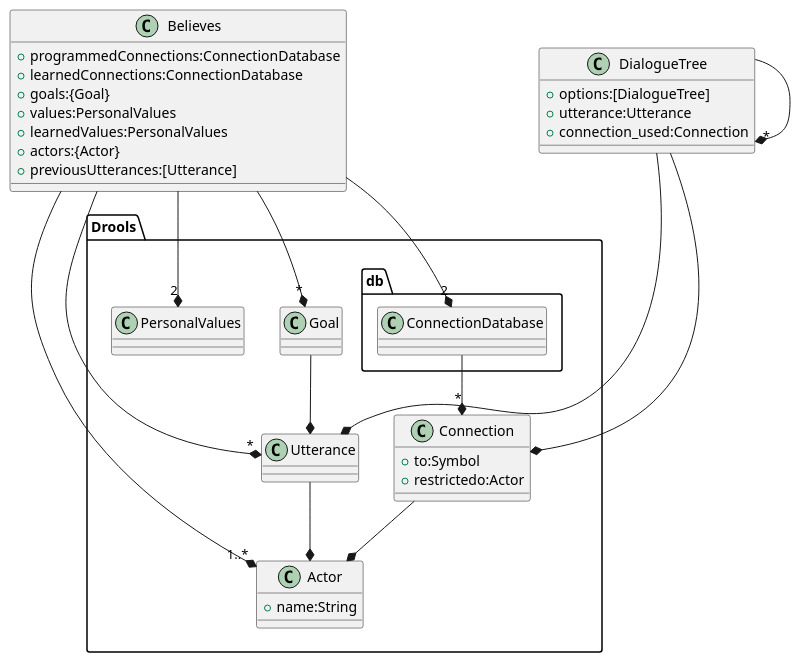
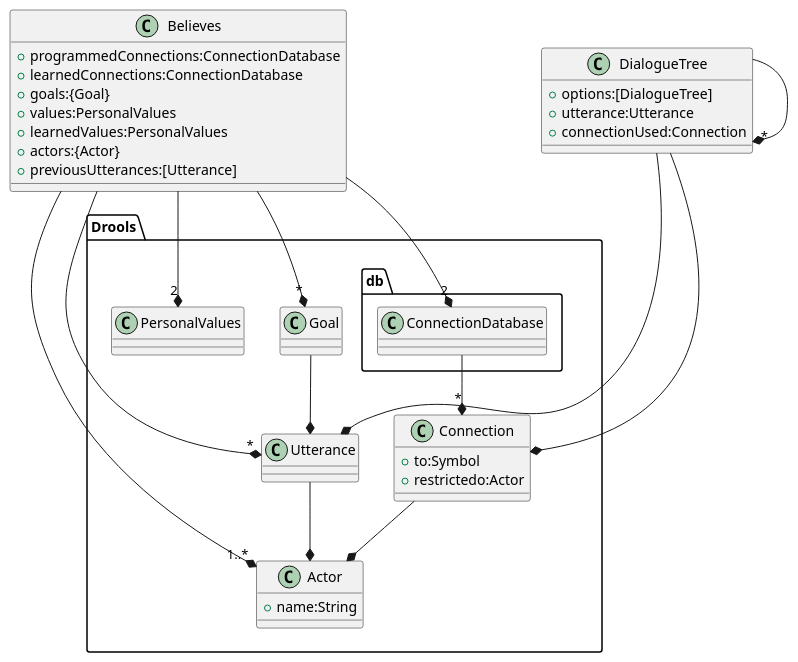
Before and after one commit to jappeace/methods-homework: diagram 11 of 26 in thesis/thesis.org, drawn with PlantUML. The commit also changed other lines of this file and 1 other file, not shown here.

Commit message:
Trying to use svg for images

```diff
--- a/thesis/thesis.org
+++ b/thesis/thesis.org
@@ -3023,48 +3028,49 @@
-#+BEGIN_SRC plantuml :cache yes :file img/uml/jungclass.png :exports results
+#+BEGIN_SRC plantuml :cache yes :file img/uml/jungclass.svg :exports results
   skinParam backgroundColor transparent
   class Believes{
     +programmedConnections:ConnectionDatabase
     +learnedConnections:ConnectionDatabase
     +goals:{Goal}
     +values:PersonalValues
     +learnedValues:PersonalValues
     +actors:{Actor}
     +previousUtterances:[Utterance]
   }
   class DialogueTree{
     +options:[DialogueTree]
     +utterance:Utterance
-    +connection_used:Connection
+    +connectionUsed:Connection
   }
   package Drools{
     package Drools.db{
       class ConnectionDatabase
     }
     ConnectionDatabase --* "*" Connection
     class Actor {
       +name:String
     }
     Believes -* "2" ConnectionDatabase
     Believes --* "*" Goal
     Believes --* "2" PersonalValues
     Believes --* "1..*" Actor
     Believes --* "*" Utterance
     class Connection {
       +to:Symbol
       +restrictedo:Actor
     }
     Connection --* Actor
     DialogueTree --* "*" DialogueTree
     DialogueTree --* Utterance
     DialogueTree --* Connection
     class Goal{
     }
     Goal --* Utterance
     class PersonalValues{
     }
     class Utterance{
     }
     Utterance --* Actor
   }
   DialogueTree -[hidden]-> Drools
+  skinparam defaultFontName Arial
 #+END_SRC
```
